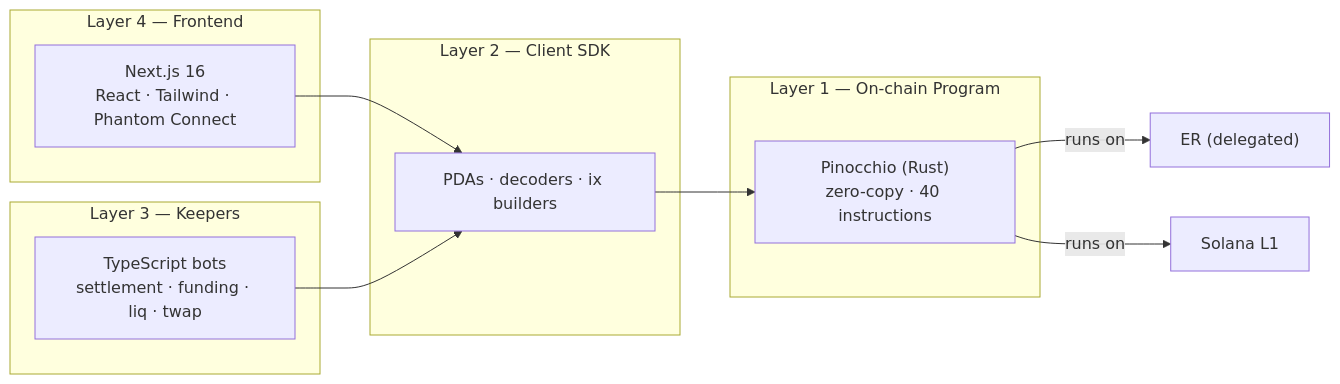
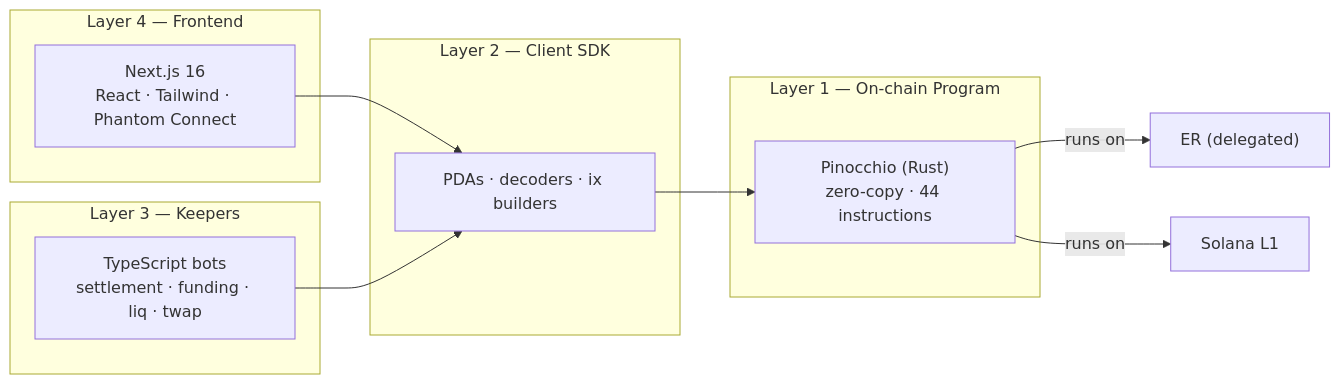
The second of 10 diagrams in docs/00-architecture-diagrams.md (Ansh-699/SlipStream), drawn with Mermaid before and after one commit. The commit also changed 17 other files, not shown here.

````diff
--- a/docs/00-architecture-diagrams.md
+++ b/docs/00-architecture-diagrams.md
@@ -107,21 +107,21 @@
 ```mermaid
 flowchart LR
   subgraph L4["Layer 4 — Frontend"]
     F["Next.js 16<br/>React · Tailwind · Phantom Connect"]
   end
   subgraph L3["Layer 3 — Keepers"]
     K["TypeScript bots<br/>settlement · funding · liq · twap"]
   end
   subgraph L2["Layer 2 — Client SDK"]
     S["PDAs · decoders · ix builders"]
   end
   subgraph L1p["Layer 1 — On-chain Program"]
-    P["Pinocchio (Rust)<br/>zero-copy · 40 instructions"]
+    P["Pinocchio (Rust)<br/>zero-copy · 44 instructions"]
   end
 
   F --> S
   K --> S
   S --> P
   P -->|runs on| ER2["ER (delegated)"]
   P -->|runs on| L1b["Solana L1"]
 ```
````
